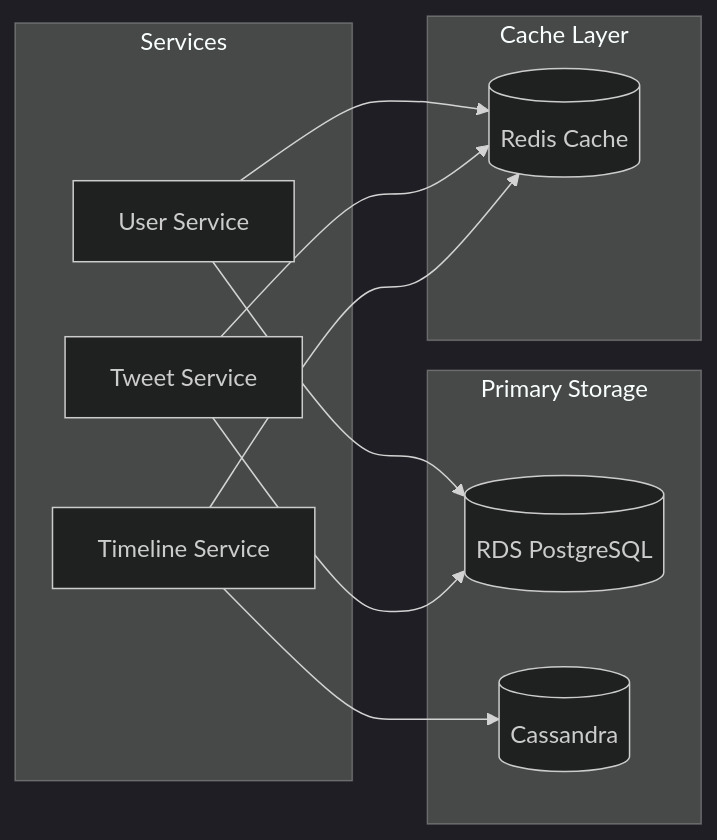
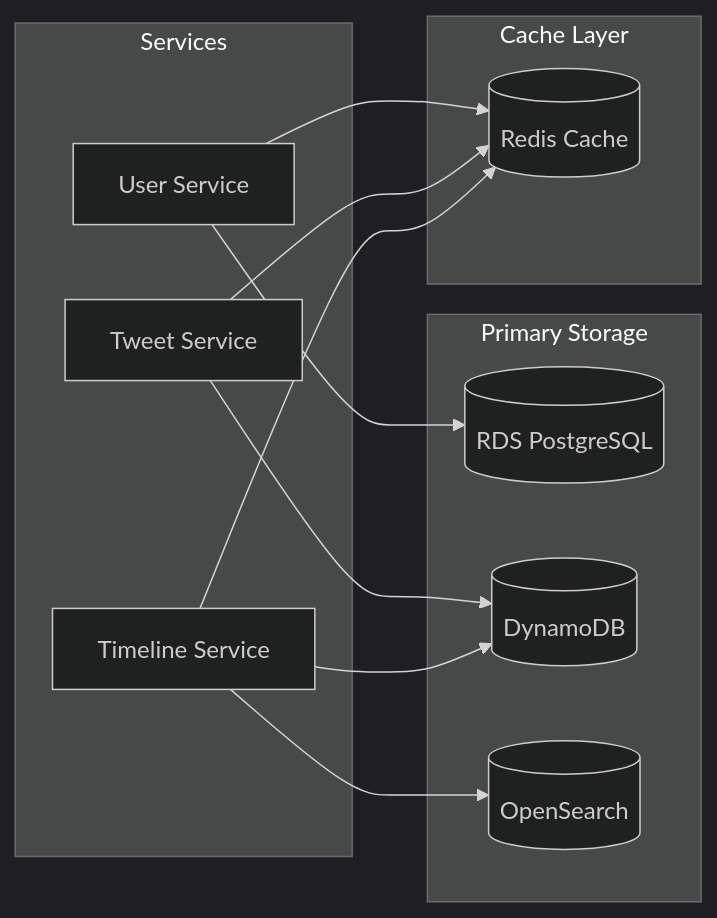
One commit to lisandropascuali/twitter-app changed the fifth of 6 diagrams in architecture.md. Above: the diagram before and after it, drawn with Mermaid (dark theme). The commit also changed other lines of this file and 1 other file, not shown here.

Commit message:
feat: change in architecture: fanout on read strategy instead of fanout on write

````diff
--- a/architecture.md
+++ b/architecture.md
@@ -141,26 +135,28 @@
 ```mermaid
 graph LR
     subgraph Primary Storage
         RDS[(RDS PostgreSQL)]
-        CASS[(Cassandra)]
+        DDB[(DynamoDB)]
+        OS[(OpenSearch)]
     end
     
     subgraph Cache Layer
         RC[(Redis Cache)]
     end
     
     subgraph Services
         US[User Service]
         TS[Tweet Service]
         TLS[Timeline Service]
     end
     
     US --> RDS
     US --> RC
     
-    TS --> RDS
+    TS --> DDB
     TS --> RC
     
-    TLS --> CASS
+    TLS --> OS
+    TLS --> DDB
     TLS --> RC
 ```
````
